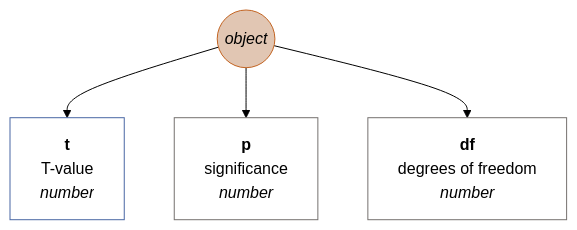
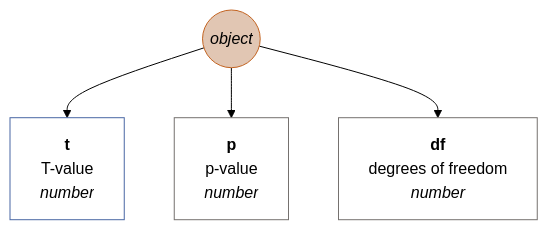
Diagram 33 of 38 in docs/en-GB.md (muzikp/retusa), drawn with Mermaid (forest theme) before and after one commit. The commit also changed other lines of this file and 8 other files, not shown here.

````diff
--- a/docs/en-GB.md
+++ b/docs/en-GB.md
@@ -1296,16 +1296,16 @@
 ```mermaid
 graph TD
 ttestind((<i>object</i>))
 style ttestind fill:#E1C6B3;
 style ttestind stroke:#C36422;
 ttestind --> t[<b>t</b><br>T-value <br><i>number</i>]
 style t fill:#FFFFFF;
 style t stroke:#4967A4;
-ttestind --> p[<b>p</b><br>significance <br><i>number</i>]
+ttestind --> p[<b>p</b><br>p-value <br><i>number</i>]
 style p fill:#FFFFFF;
 style p stroke:#75716F;
 ttestind --> df[<b>df</b><br>degrees of freedom <br><i>number</i>]
 style df fill:#FFFFFF;
 style df stroke:#75716F;
 
 ```
````
